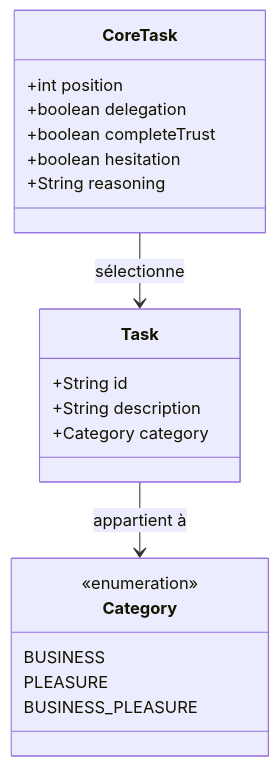
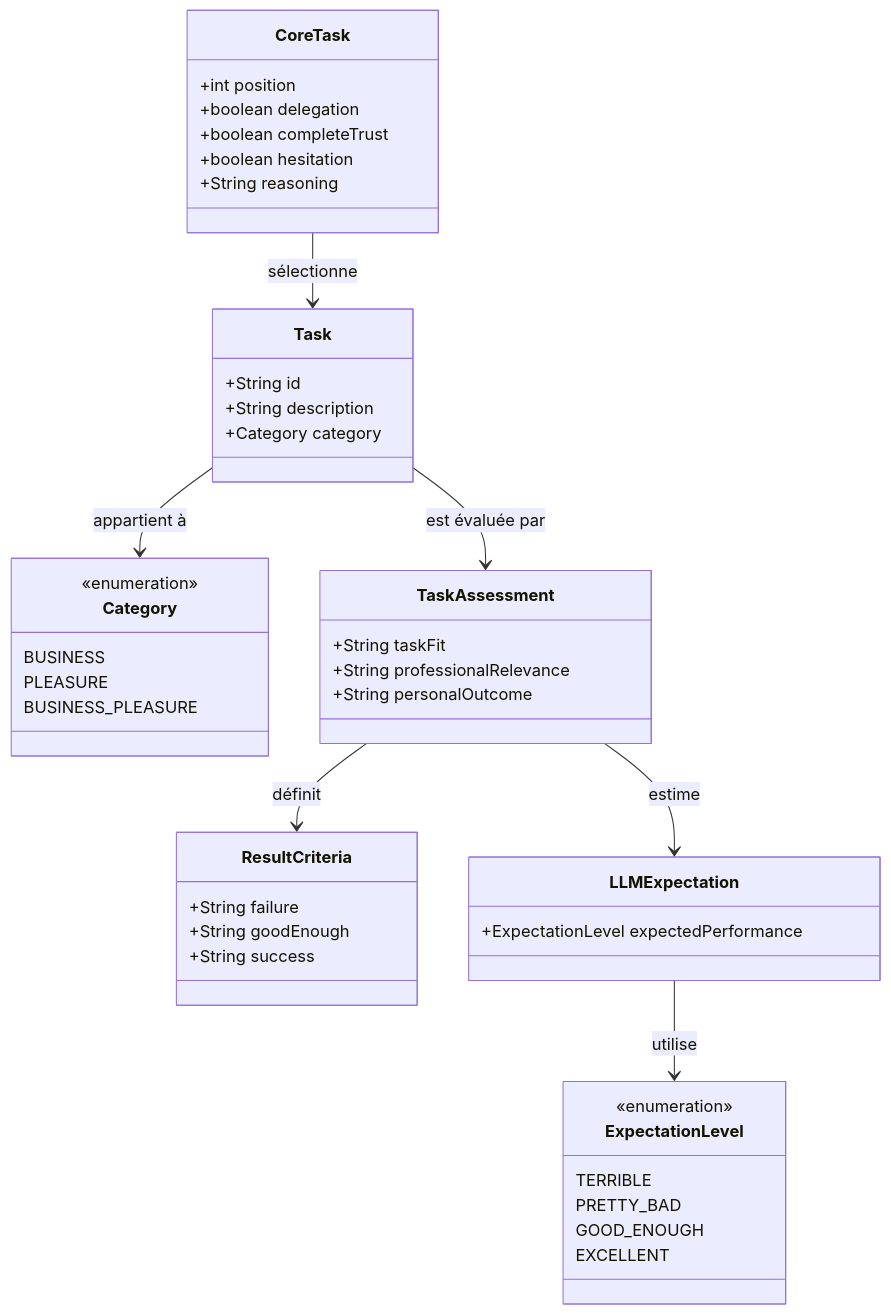
Before and after one commit to zakariaradi1/ArtificialInquiries_EXE_NUM-6: the diagram in diagram_class.md, drawn with Mermaid.

Commit message:
Add classes for TaskAssessment and related criteria

````diff
--- a/diagram_class.md
+++ b/diagram_class.md
@@ -3,26 +3,54 @@
 ```mermaid
 classDiagram
     class CoreTask {
         +int position
         +boolean delegation
         +boolean completeTrust
         +boolean hesitation
         +String reasoning
     }
 
     class Task {
         +String id
         +String description
         +Category category
     }
 
     class Category {
         <<enumeration>>
         BUSINESS
         PLEASURE
         BUSINESS_PLEASURE
     }
 
+    class TaskAssessment {
+        +String taskFit
+        +String professionalRelevance
+        +String personalOutcome
+    }
+
+    class ResultCriteria {
+        +String failure
+        +String goodEnough
+        +String success
+    }
+
+    class LLMExpectation {
+        +ExpectationLevel expectedPerformance
+    }
+
+    class ExpectationLevel {
+        <<enumeration>>
+        TERRIBLE
+        PRETTY_BAD
+        GOOD_ENOUGH
+        EXCELLENT
+    }
+
     CoreTask --> Task : sélectionne
     Task --> Category : appartient à
+    Task --> TaskAssessment : est évaluée par
+    TaskAssessment --> ResultCriteria : définit
+    TaskAssessment --> LLMExpectation : estime
+    LLMExpectation --> ExpectationLevel : utilise
 ```
````
